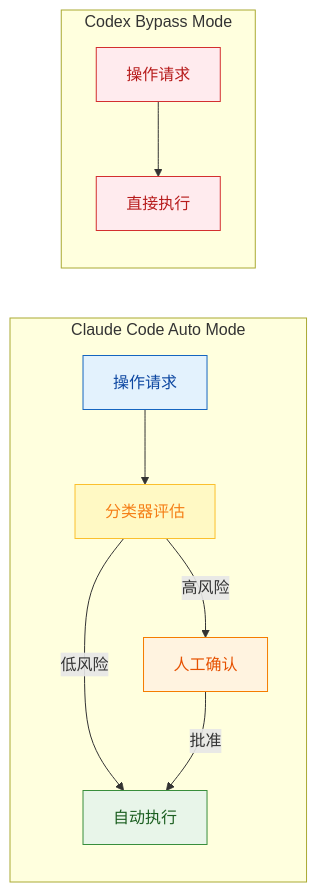
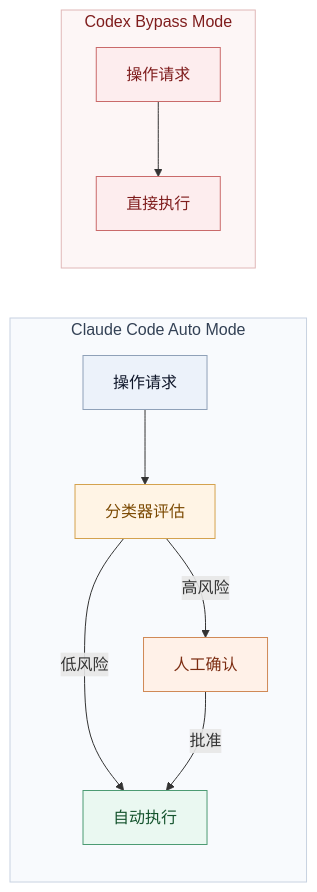
Before and after one commit to FreezeSoul/freezesoul.github.com: the second of 3 diagrams in _posts/2026-03-26-claude-code-auto-mode.md, drawn with Mermaid. The commit also changed other lines of this file, not shown here.

Commit message:
优化mermaid的图形配色

````diff
--- a/_posts/2026-03-26-claude-code-auto-mode.md
+++ b/_posts/2026-03-26-claude-code-auto-mode.md
@@ -101,20 +111,36 @@
 ```mermaid
+%%{init: {'theme': 'base', 'themeVariables': {
+  'background': '#F4F7FB',
+  'primaryColor': '#EAF0F8',
+  'primaryBorderColor': '#9AA9BD',
+  'primaryTextColor': '#0F172A',
+  'lineColor': '#6B7C93',
+  'fontFamily': '"PingFang SC","Noto Sans SC","Microsoft YaHei","Helvetica Neue",Arial,sans-serif'
+}}}%%
 graph LR
-    subgraph "Claude Code Auto Mode"
+    subgraph S1["Claude Code Auto Mode"]
         A1[操作请求] --> A2[分类器评估]
         A2 -->|低风险| A3[自动执行]
         A2 -->|高风险| A4[人工确认]
         A4 -->|批准| A3
     end
 
-    subgraph "Codex Bypass Mode"
+    subgraph S2["Codex Bypass Mode"]
         B1[操作请求] --> B2[直接执行]
     end
 
-    style A1 fill:#e3f2fd,stroke:#1565c0,color:#0d47a1
-    style A2 fill:#fff9c4,stroke:#fbc02d,color:#f57f17
-    style A3 fill:#e8f5e9,stroke:#388e3c,color:#1b5e20
-    style A4 fill:#fff3e0,stroke:#f57c00,color:#e65100
-    style B1 fill:#ffebee,stroke:#d32f2f,color:#b71c1c
-    style B2 fill:#ffebee,stroke:#d32f2f,color:#b71c1c
+    classDef base fill:#ECF2FA,stroke:#8FA1B8,color:#0F172A,stroke-width:1px;
+    classDef decision fill:#FFF4E5,stroke:#D4A24E,color:#7C4A03,stroke-width:1px;
+    classDef success fill:#EAF8F1,stroke:#4C9B73,color:#14532D,stroke-width:1px;
+    classDef warning fill:#FFF1E8,stroke:#D08956,color:#7C2D12,stroke-width:1px;
+    classDef danger fill:#FDEDEE,stroke:#C96A6A,color:#7F1D1D,stroke-width:1px;
+
+    class A1 base;
+    class A2 decision;
+    class A3 success;
+    class A4 warning;
+    class B1,B2 danger;
+
+    style S1 fill:#F8FAFD,stroke:#C8D2E1,color:#334155
+    style S2 fill:#FDF6F6,stroke:#E0B7B7,color:#7F1D1D
 ```
````
